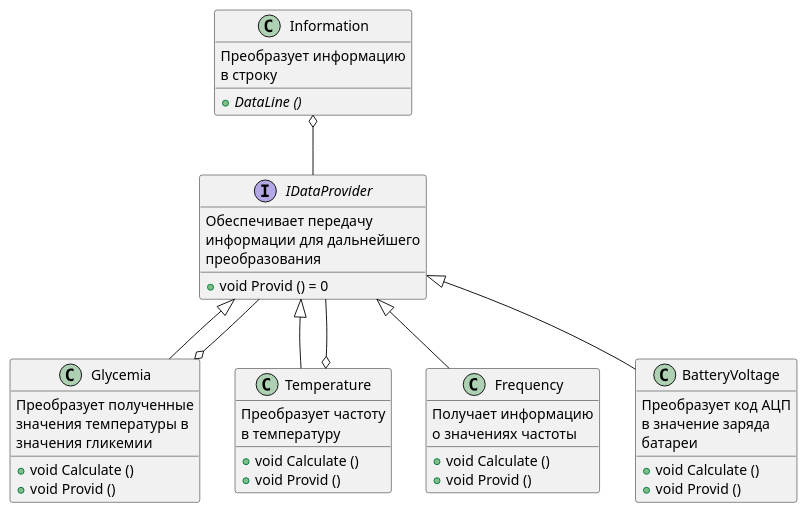
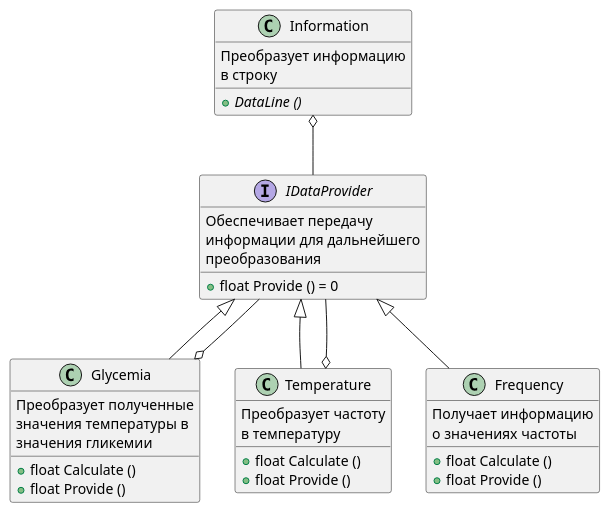
The diagram in DOC/UMLDataProvider.puml (Luda-Seliv-KE-413/Kursovoy), drawn with PlantUML before and after one commit. The commit also changed 13 other files, not shown here.

```diff
--- a/DOC/UMLDataProvider.puml
+++ b/DOC/UMLDataProvider.puml
@@ -1,67 +1,56 @@
 @startuml DataProvider
 
 class Glycemia
 {
 Преобразует полученные
 значения температуры в
 значения гликемии
 
-+ void Calculate ()
-+ void Provid ()
++ float Calculate ()
++ float Provide ()
 }
 
 class Temperature
 {
 Преобразует частоту
 в температуру
 
-+ void Calculate ()
-+ void Provid ()
++ float Calculate ()
++ float Provide ()
 }
 
 class Frequency
 {
 Получает информацию
 о значениях частоты
 
-+ void Calculate ()
-+ void Provid ()
-}
-
-class BatteryVoltage
-{
-Преобразует код АЦП
-в значение заряда
-батареи
-
-+ void Calculate ()
-+ void Provid ()
++ float Calculate ()
++ float Provide ()
 }
 
 class Information
 {
 Преобразует информацию
 в строку
 
 + {abstract} DataLine ()
 }
 
 interface IDataProvider
 {
     Обеспечивает передачу 
     информации для дальнейшего 
     преобразования
 
-    + void Provid () = 0
+    + float Provide () = 0
 }
 
-BatteryVoltage -up-|> IDataProvider
 Frequency -up-|> IDataProvider
 Temperature -up-|> IDataProvider
 Glycemia -up-|> IDataProvider
 
 Glycemia o-- IDataProvider
 Temperature o-- IDataProvider
 Information o--IDataProvider
 
 @enduml
```
